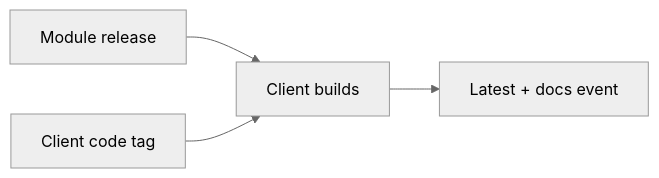
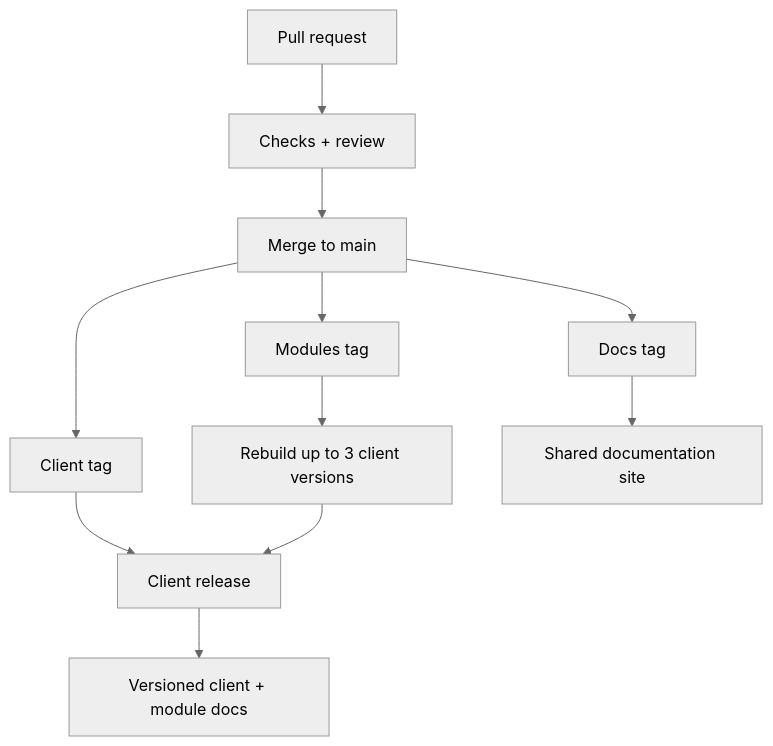
The diagram in docs/pages/releases/index.md (limanix/docs), drawn with Mermaid (neutral theme) before and after one commit. The commit also changed other lines of this file and 2 other files, not shown here.

````diff
--- a/docs/pages/releases/index.md
+++ b/docs/pages/releases/index.md
@@ -6,8 +6,14 @@
 ```mermaid
-flowchart LR
-    accTitle: Two entry points into the release process
-    accDescr: A module release starts client rebuilds. A new client code tag starts one client build. Both paths finish with one notification to documentation.
-    modules["Module release"] --> client["Client builds"]
-    code["Client code tag"] --> client
-    client --> finalize["Latest + docs event"]
+flowchart TD
+    accTitle: From a contribution to a release
+    accDescr: After PR checks and merge, a client tag publishes one client version, a modules tag rebuilds existing clients, and a docs tag updates the shared site.
+    pr["Pull request"] --> checks["Checks + review"] --> merge["Merge to main"]
+    merge --> client["Client tag"]
+    merge --> modules["Modules tag"]
+    merge --> docs["Docs tag"]
+    modules --> rebuild["Rebuild up to 3 client versions"]
+    client --> release["Client release"]
+    rebuild --> release
+    release --> snapshot["Versioned client + module docs"]
+    docs --> site["Shared documentation site"]
 ```
````
